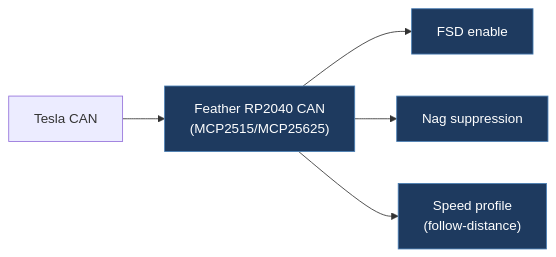
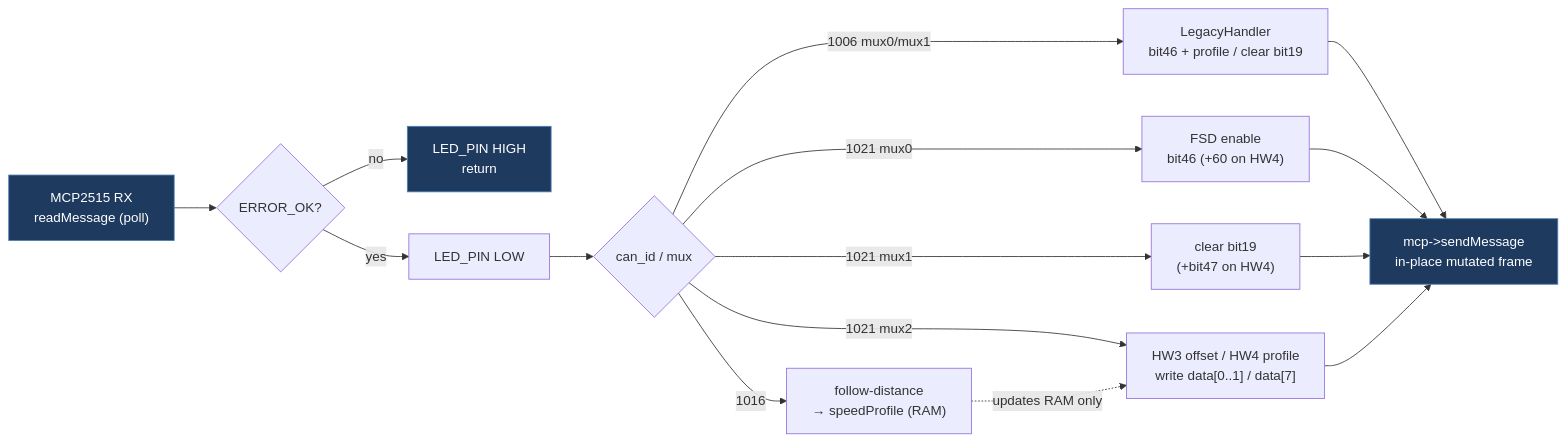
The first of 3 diagrams in docs/legacy/tesla-fsd-can-mod-main.md (babico/TeslaCANModder), drawn with Mermaid before and after one commit. The commit also changed other lines of this file and 99 other files, not shown here.

````diff
--- a/docs/legacy/tesla-fsd-can-mod-main.md
+++ b/docs/legacy/tesla-fsd-can-mod-main.md
@@ -19,9 +66,19 @@
 ```mermaid
 flowchart LR
-    Car["Tesla CAN"] --> Feather["Feather RP2040 CAN<br/>(MCP2515/MCP25625)"]
-    Feather --> FSD["FSD enable"]
-    Feather --> Nag["Nag suppression"]
-    Feather --> Prof["Speed profile<br/>(follow-distance)"]
-    classDef path fill:#1e3a5f,stroke:#4a7fb5,color:#fff
-    class Feather,FSD,Nag,Prof path
+    RX["MCP2515 RX<br/>readMessage (poll)"] --> OK{"ERROR_OK?"}
+    OK -->|no| LED["LED_PIN HIGH<br/>return"]
+    OK -->|yes| LEDOFF["LED_PIN LOW"]
+    LEDOFF --> DISP{"can_id / mux"}
+    DISP -->|1006 mux0/mux1| LEG["LegacyHandler<br/>bit46 + profile / clear bit19"]
+    DISP -->|1016| FD["follow-distance<br/>→ speedProfile (RAM)"]
+    DISP -->|1021 mux0| FSD["FSD enable<br/>bit46 (+60 on HW4)"]
+    DISP -->|1021 mux1| NAG["clear bit19<br/>(+bit47 on HW4)"]
+    DISP -->|1021 mux2| PROF["HW3 offset / HW4 profile<br/>write data[0..1] / data[7]"]
+    LEG --> TX["mcp->sendMessage<br/>in-place mutated frame"]
+    FSD --> TX
+    NAG --> TX
+    PROF --> TX
+    FD -.->|updates RAM only| PROF
+    classDef io fill:#1e3a5f,stroke:#4a7fb5,color:#fff
+    class RX,TX,LED io
 ```
````
